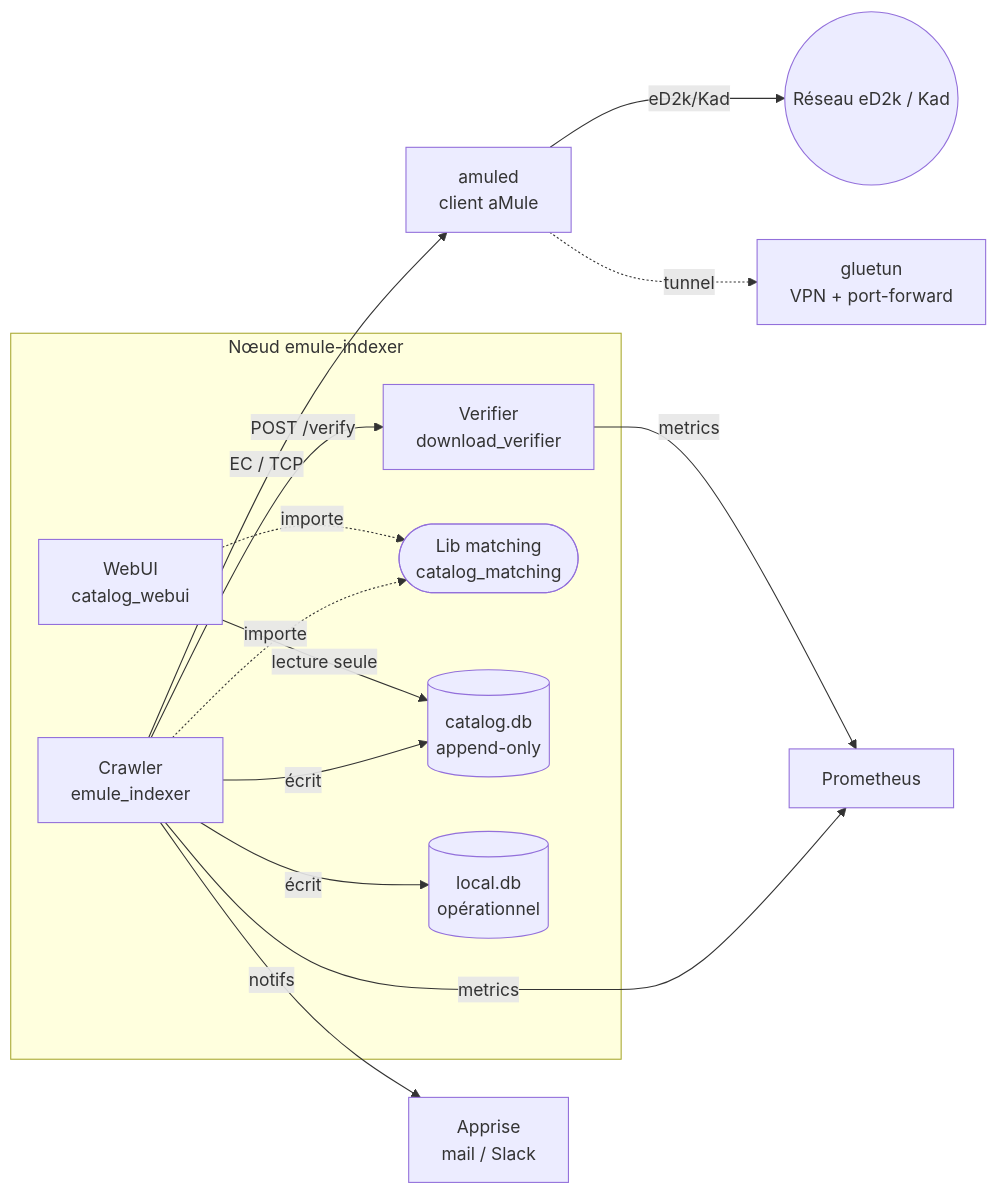
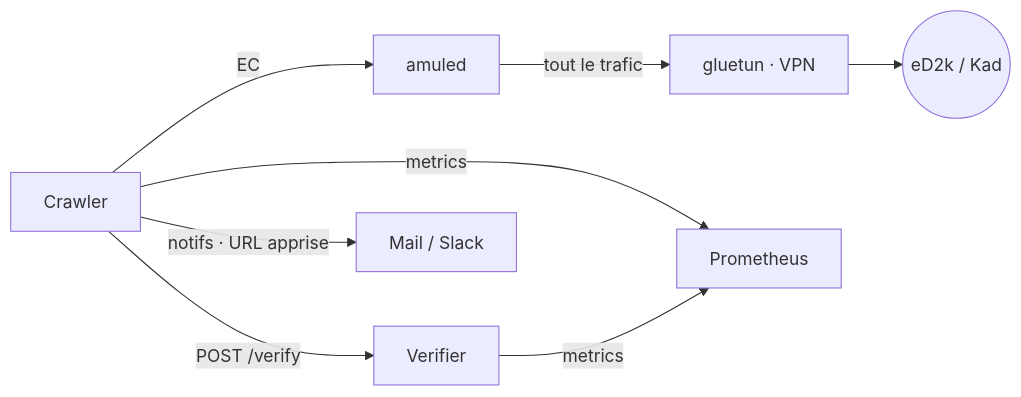
The first of 10 diagrams in docs/architecture.md (GeoffreyCoulaud/mulewatch), drawn with Mermaid before and after one commit. The commit also changed other lines of this file, not shown here.

First line of the commit message:
docs(architecture): diagrammes — trafic via gluetun, notifs via URL apprise, labels courts

````diff
--- a/docs/architecture.md
+++ b/docs/architecture.md
@@ -20,29 +22,18 @@
 ```mermaid
 flowchart LR
-  subgraph node["Nœud emule-indexer"]
-    crawler["Crawler<br/>emule_indexer"]
-    verifier["Verifier<br/>download_verifier"]
-    webui["WebUI<br/>catalog_webui"]
-    matching(["Lib matching<br/>catalog_matching"])
-    catalog[("catalog.db<br/>append-only")]
-    local[("local.db<br/>opérationnel")]
-  end
-  amuled["amuled<br/>client aMule"]
-  vpn["gluetun<br/>VPN + port-forward"]
-  ed2k(("Réseau eD2k / Kad"))
+  crawler["Crawler"]
+  amuled["amuled"]
+  gluetun["gluetun · VPN"]
+  ed2k(("eD2k / Kad"))
+  verifier["Verifier"]
   prom["Prometheus"]
-  apprise["Apprise<br/>mail / Slack"]
+  notif["Mail / Slack"]
 
-  crawler -- "EC / TCP" --> amuled
-  amuled -- eD2k/Kad --> ed2k
-  amuled -. tunnel .-> vpn
-  crawler -- "POST /verify" --> verifier
-  crawler -- écrit --> catalog
-  crawler -- écrit --> local
-  crawler -. importe .-> matching
-  webui -- "lecture seule" --> catalog
-  webui -. importe .-> matching
-  crawler -- metrics --> prom
-  crawler -- notifs --> apprise
-  verifier -- metrics --> prom
+  crawler -->|EC| amuled
+  amuled -->|"tout le trafic"| gluetun
+  gluetun --> ed2k
+  crawler -->|"POST /verify"| verifier
+  crawler -->|metrics| prom
+  verifier -->|metrics| prom
+  crawler -->|"notifs · URL apprise"| notif
 ```
````
